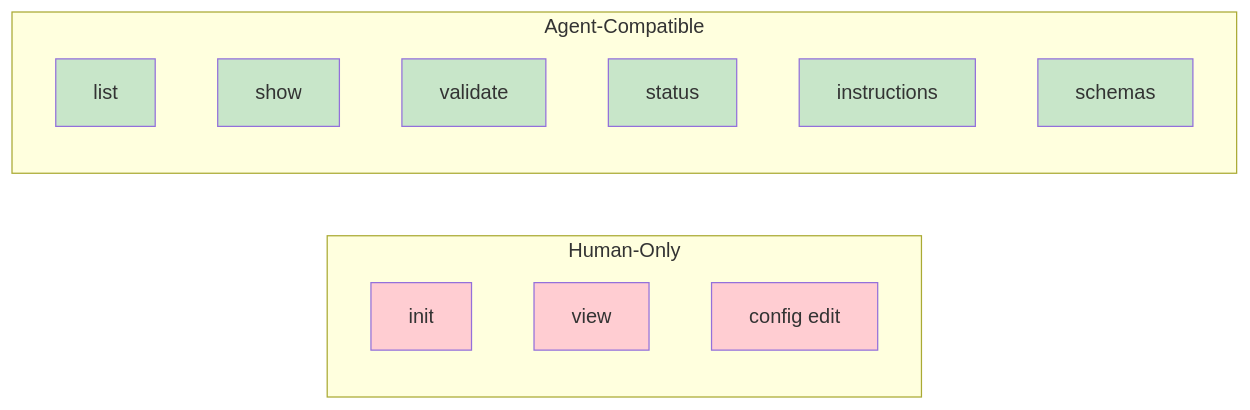
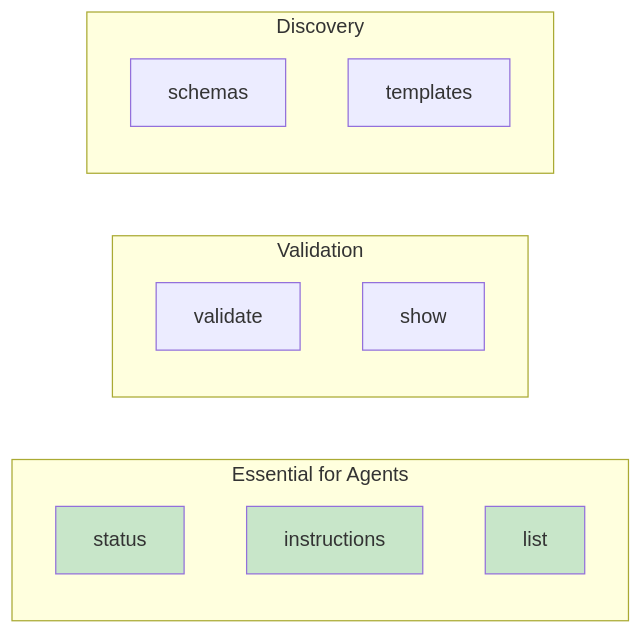
The diagram in resources/claude/skills/openspec-concepts/references/cli-reference.md (amauryconstant/openspec-extended), drawn with Mermaid before and after one commit. The commit also changed other lines of this file and 13 other files, not shown here.

First line of the commit message:
Restructure openspec-concepts with anti-patterns and JSON schemas

````diff
--- a/resources/claude/skills/openspec-concepts/references/cli-reference.md
+++ b/resources/claude/skills/openspec-concepts/references/cli-reference.md
@@ -11,27 +11,22 @@
 ```mermaid
 graph LR
-    subgraph "Human-Only"
-        H1[init]
-        H2[view]
-        H3[config edit]
+    subgraph "Essential for Agents"
+        A1[status]
+        A2[instructions]
+        A3[list]
     end
     
-    subgraph "Agent-Compatible"
-        A1[list]
-        A2[show]
-        A3[validate]
-        A4[status]
-        A5[instructions]
-        A6[schemas]
+    subgraph "Validation"
+        A4[validate]
+        A5[show]
     end
     
-    style H1 fill:#ffcdd2
-    style H2 fill:#ffcdd2
-    style H3 fill:#ffcdd2
+    subgraph "Discovery"
+        A6[schemas]
+        A7[templates]
+    end
+    
     style A1 fill:#c8e6c9
     style A2 fill:#c8e6c9
     style A3 fill:#c8e6c9
-    style A4 fill:#c8e6c9
-    style A5 fill:#c8e6c9
-    style A6 fill:#c8e6c9
 ```
````
